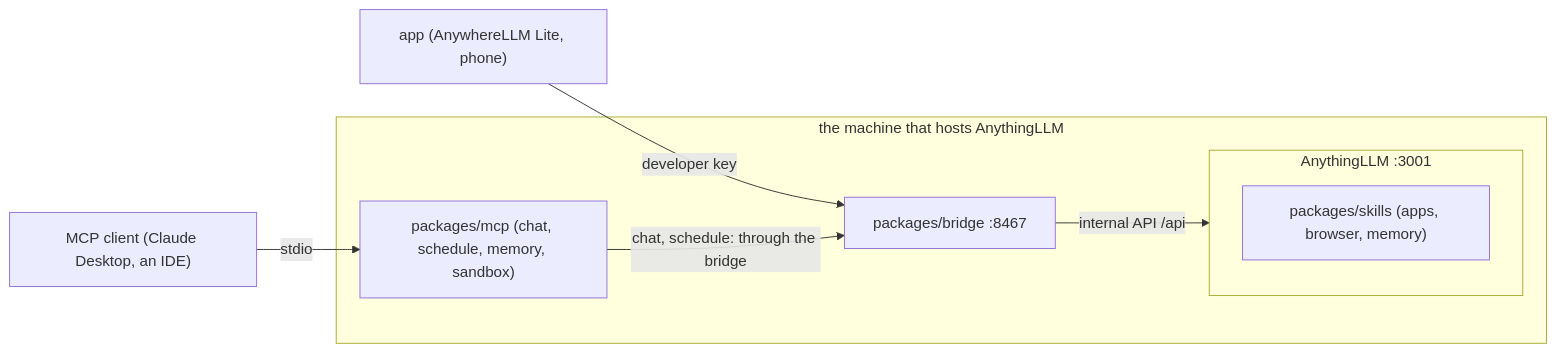
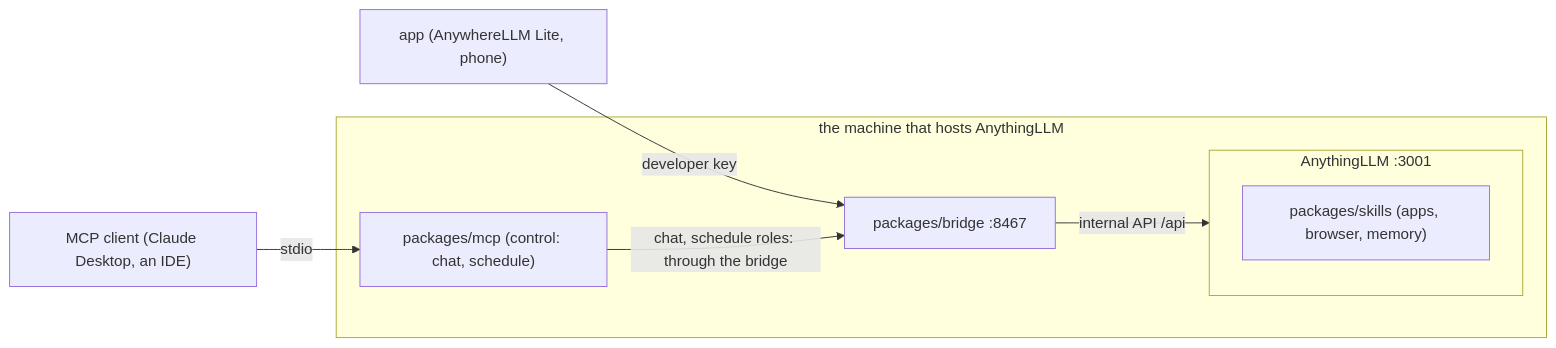
Before and after one commit to BinaryBand/anythingllm-suite: the diagram in docs/architecture.md, drawn with Mermaid. The commit also changed 30 other files, not shown here.

First line of the commit message:
Move chat and schedule into packages/mcp as one control server

````diff
--- a/docs/architecture.md
+++ b/docs/architecture.md
@@ -3,14 +3,14 @@
 ```mermaid
 flowchart LR
     app["app (AnywhereLLM Lite, phone)"] -- "developer key" --> bridge
     mcpc["MCP client (Claude Desktop, an IDE)"] -- stdio --> mcp
     subgraph host["the machine that hosts AnythingLLM"]
         bridge["packages/bridge :8467"]
-        mcp["packages/mcp (chat, schedule, memory, sandbox)"]
+        mcp["packages/mcp (control: chat, schedule)"]
         subgraph allm["AnythingLLM :3001"]
             skills["packages/skills (apps, browser, memory)"]
         end
     end
     bridge -- "internal API /api" --> allm
-    mcp -- "chat, schedule: through the bridge" --> bridge
+    mcp -- "chat, schedule roles: through the bridge" --> bridge
 ```
````
